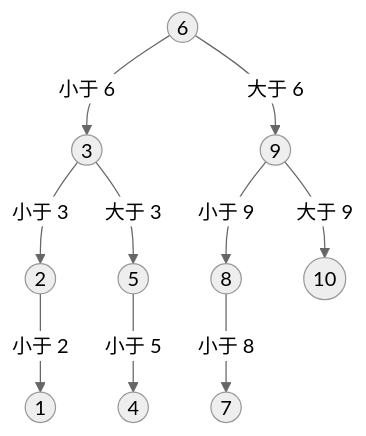
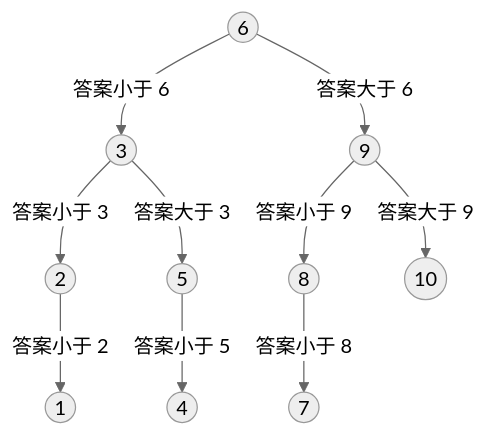
One commit to zf-li23/personal-wiki-site changed the diagram in content/4.computer-science/4.1.programming-fundamentals/4.1.6.arrays-and-searching/index.zh.md. Above: the diagram before and after it, drawn with Mermaid (neutral theme). The commit also changed 7 other files, not shown here.

````diff
--- a/content/4.computer-science/4.1.programming-fundamentals/4.1.6.arrays-and-searching/index.zh.md
+++ b/content/4.computer-science/4.1.programming-fundamentals/4.1.6.arrays-and-searching/index.zh.md
@@ -253,12 +253,12 @@
 ```mermaid
 flowchart TD
-  G6(("6")) -- "小于 6" --> G3(("3"))
-  G6 -- "大于 6" --> G9(("9"))
-  G3 -- "小于 3" --> G2(("2"))
-  G3 -- "大于 3" --> G5(("5"))
-  G2 -- "小于 2" --> G1(("1"))
-  G5 -- "小于 5" --> G4(("4"))
-  G9 -- "小于 9" --> G8(("8"))
-  G9 -- "大于 9" --> G10(("10"))
-  G8 -- "小于 8" --> G7(("7"))
+  G6(("6")) -- "答案小于 6" --> G3(("3"))
+  G6 -- "答案大于 6" --> G9(("9"))
+  G3 -- "答案小于 3" --> G2(("2"))
+  G3 -- "答案大于 3" --> G5(("5"))
+  G2 -- "答案小于 2" --> G1(("1"))
+  G5 -- "答案小于 5" --> G4(("4"))
+  G9 -- "答案小于 9" --> G8(("8"))
+  G9 -- "答案大于 9" --> G10(("10"))
+  G8 -- "答案小于 8" --> G7(("7"))
 ```
````
